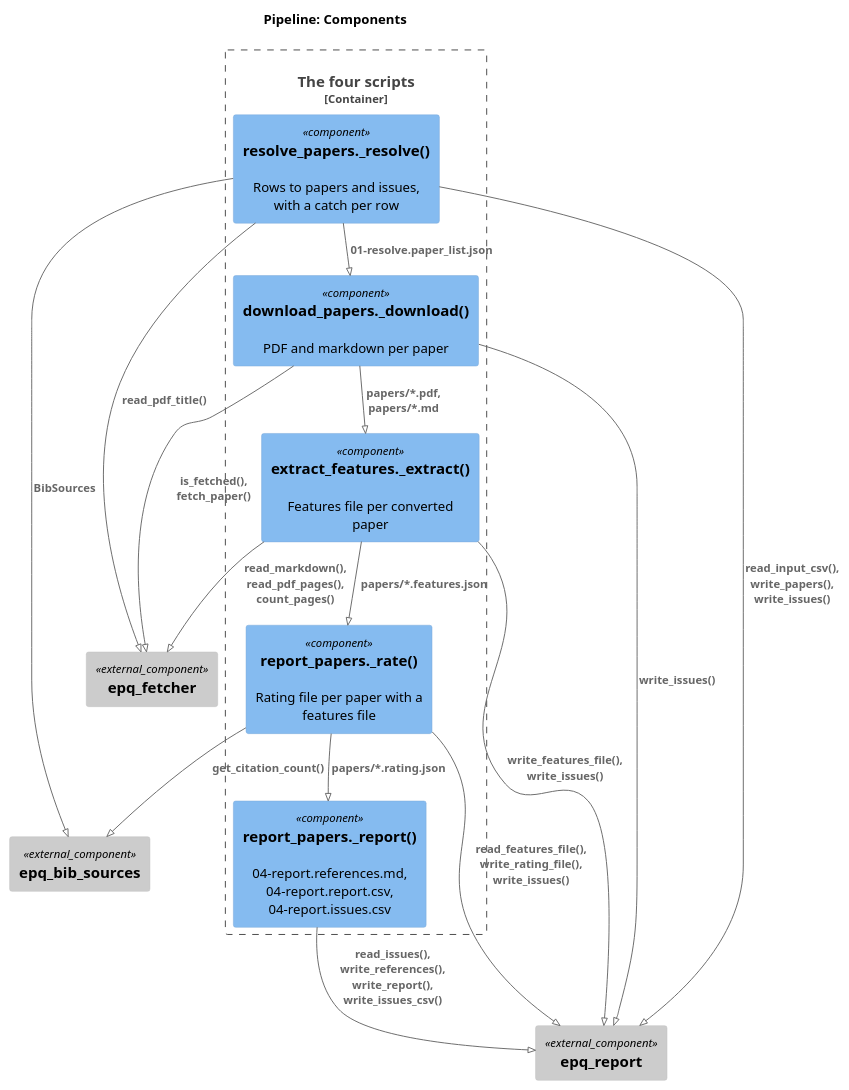
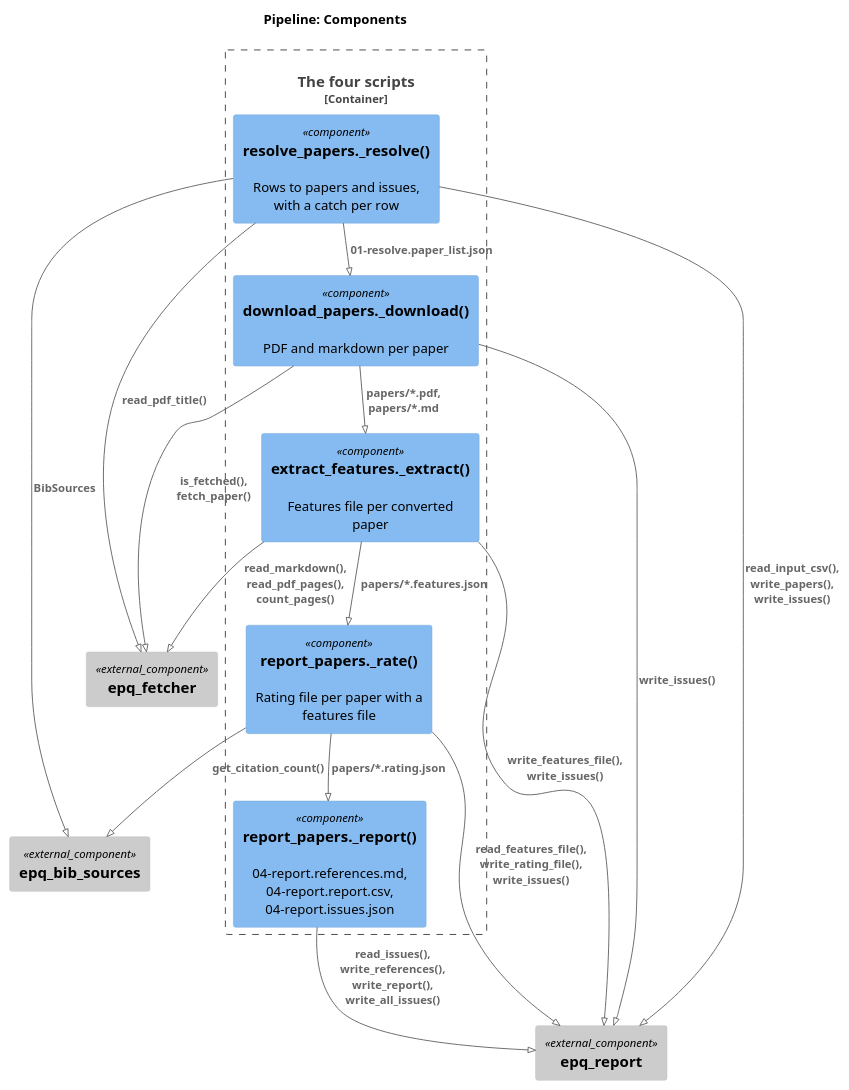
One commit to gpsaggese/gpsaggese.github.io changed the diagram in research/Estimate_academic_paper_quality/docs/02.1-design.pipeline.md. Above: the diagram before and after it, drawn with PlantUML. The commit also changed other lines of this file and 21 other files, not shown here.

````diff
--- a/research/Estimate_academic_paper_quality/docs/02.1-design.pipeline.md
+++ b/research/Estimate_academic_paper_quality/docs/02.1-design.pipeline.md
@@ -40,30 +40,30 @@
 ```plantuml
 !pragma layout smetana
 !include <C4/C4_Component>
 LAYOUT_TOP_DOWN()
 title Pipeline: Components
 Container_Boundary(p, "The four scripts") {
   Component(res, "resolve_papers._resolve()", "", "Rows to papers and issues, with a catch per row")
   Component(dl, "download_papers._download()", "", "PDF and markdown per paper")
   Component(ex, "extract_features._extract()", "", "Features file per converted paper")
   Component(rate, "report_papers._rate()", "", "Rating file per paper with a features file")
-  Component(rep, "report_papers._report()", "", "04-report.references.md, 04-report.report.csv, 04-report.issues.csv")
+  Component(rep, "report_papers._report()", "", "04-report.references.md, 04-report.report.csv, 04-report.issues.json")
 }
 Component_Ext(fetcher, "epq_fetcher", "", "")
 Component_Ext(report, "epq_report", "", "")
 Component_Ext(bib, "epq_bib_sources", "", "")
 Rel(res, dl, "01-resolve.paper_list.json")
 Rel(dl, ex, "papers/*.pdf, papers/*.md")
 Rel(ex, rate, "papers/*.features.json")
 Rel(rate, rep, "papers/*.rating.json")
 Rel(res, fetcher, "read_pdf_title()")
 Rel(res, bib, "BibSources")
 Rel(dl, fetcher, "is_fetched(), fetch_paper()")
 Rel(ex, fetcher, "read_markdown(), read_pdf_pages(), count_pages()")
 Rel(rate, bib, "get_citation_count()")
 Rel(res, report, "read_input_csv(), write_papers(), write_issues()")
 Rel(dl, report, "write_issues()")
 Rel(ex, report, "write_features_file(), write_issues()")
 Rel(rate, report, "read_features_file(), write_rating_file(), write_issues()")
-Rel(rep, report, "read_issues(), write_references(), write_report(), write_issues_csv()")
+Rel(rep, report, "read_issues(), write_references(), write_report(), write_all_issues()")
 ```
````
